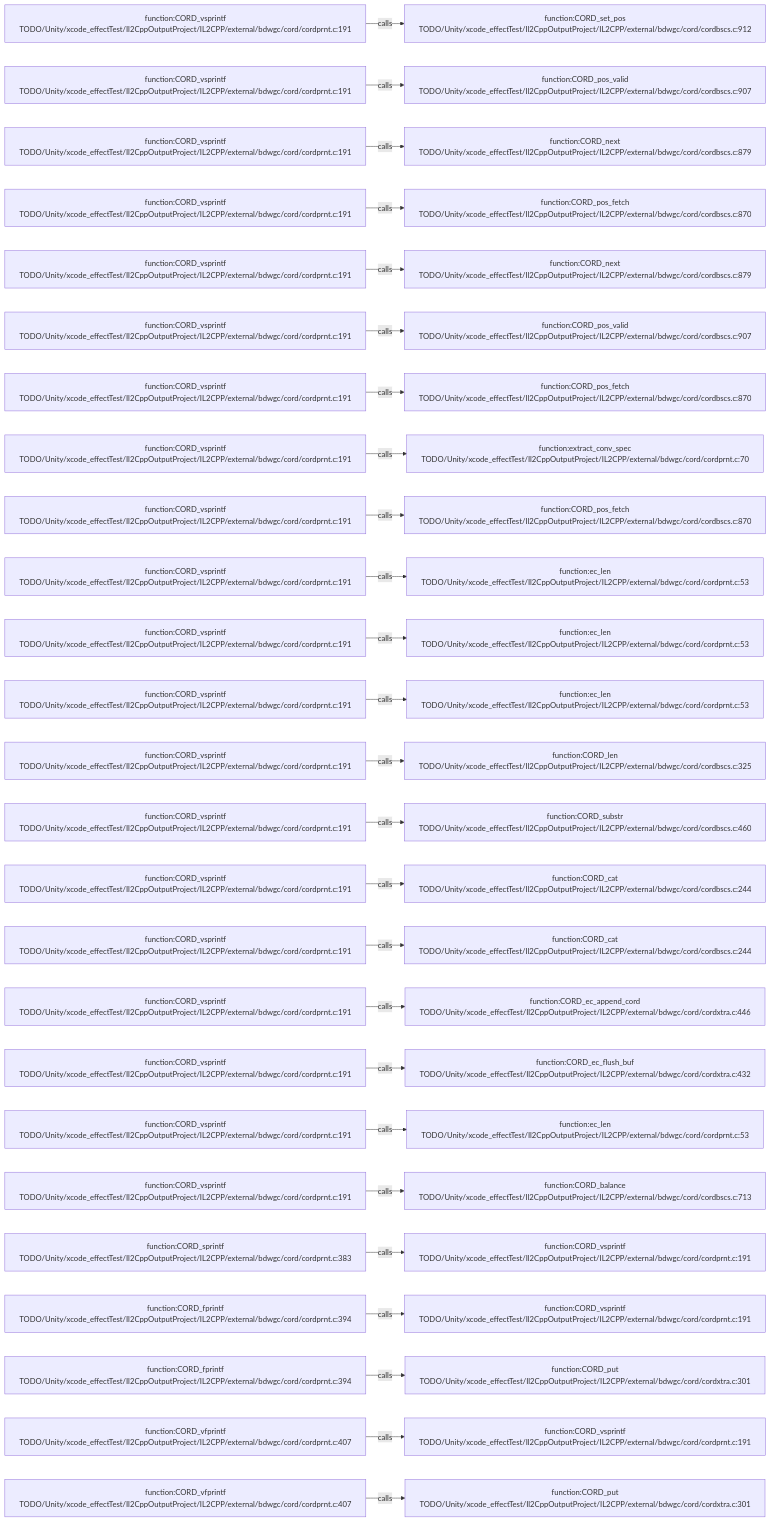
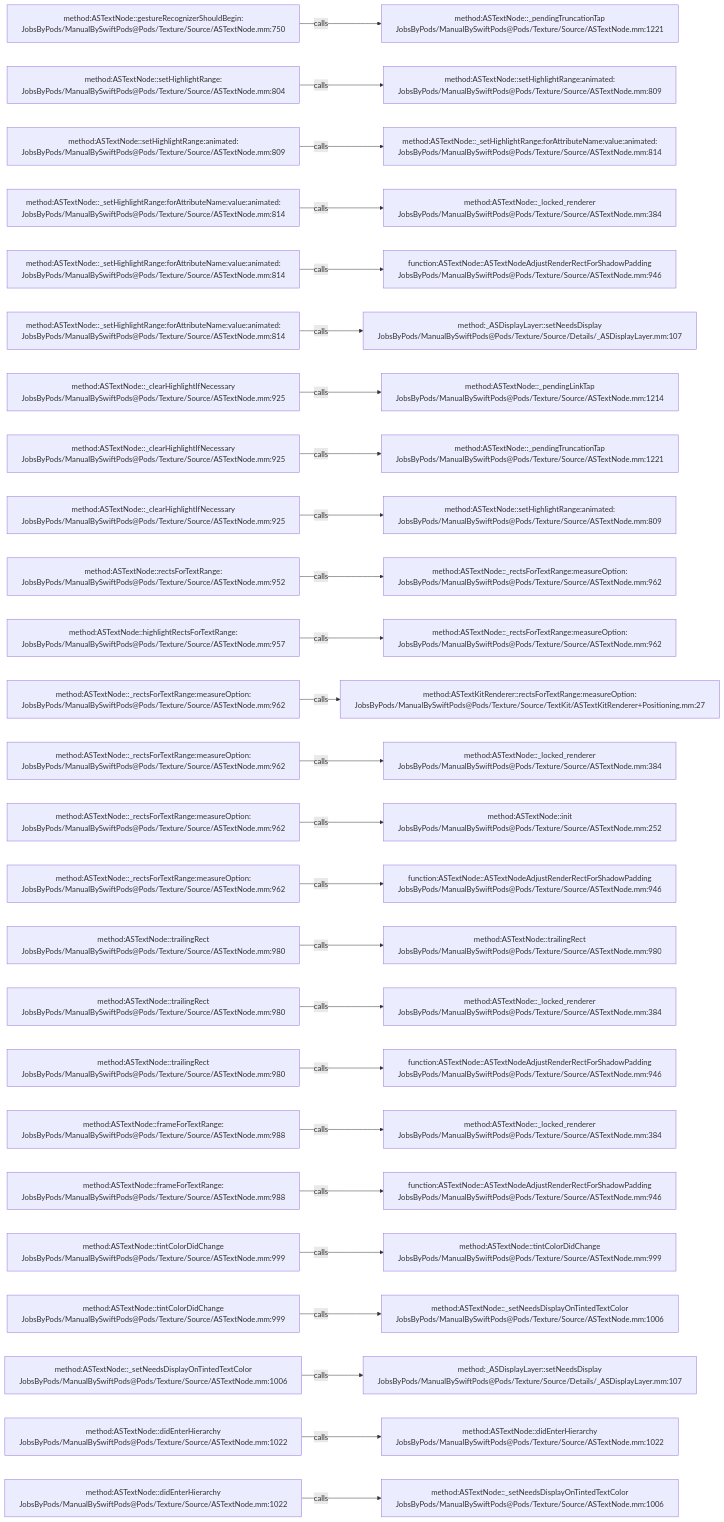
The diagram in .codegraph/codegraph.md/graphs/calls-086.md (JobsKits/JobsSwiftBaseConfigDemo), drawn with Mermaid before and after one commit. The commit also changed 2959 other files, not shown here.

````diff
--- a/.codegraph/codegraph.md/graphs/calls-086.md
+++ b/.codegraph/codegraph.md/graphs/calls-086.md
@@ -13,78 +13,78 @@
 ```mermaid
 flowchart LR
-  S1["function:CORD_vsprintf<br/>TODO/Unity/xcode_effectTest/Il2CppOutputProject/IL2CPP/external/bdwgc/cord/cordprnt.c:191"]
-  T1["function:CORD_set_pos<br/>TODO/Unity/xcode_effectTest/Il2CppOutputProject/IL2CPP/external/bdwgc/cord/cordbscs.c:912"]
+  S1["method:ASTextNode::gestureRecognizerShouldBegin:<br/>JobsByPods/ManualBySwiftPods@Pods/Texture/Source/ASTextNode.mm:750"]
+  T1["method:ASTextNode::_pendingTruncationTap<br/>JobsByPods/ManualBySwiftPods@Pods/Texture/Source/ASTextNode.mm:1221"]
   S1 -->|calls| T1
-  S2["function:CORD_vsprintf<br/>TODO/Unity/xcode_effectTest/Il2CppOutputProject/IL2CPP/external/bdwgc/cord/cordprnt.c:191"]
-  T2["function:CORD_pos_valid<br/>TODO/Unity/xcode_effectTest/Il2CppOutputProject/IL2CPP/external/bdwgc/cord/cordbscs.c:907"]
+  S2["method:ASTextNode::setHighlightRange:<br/>JobsByPods/ManualBySwiftPods@Pods/Texture/Source/ASTextNode.mm:804"]
+  T2["method:ASTextNode::setHighlightRange:animated:<br/>JobsByPods/ManualBySwiftPods@Pods/Texture/Source/ASTextNode.mm:809"]
   S2 -->|calls| T2
-  S3["function:CORD_vsprintf<br/>TODO/Unity/xcode_effectTest/Il2CppOutputProject/IL2CPP/external/bdwgc/cord/cordprnt.c:191"]
-  T3["function:CORD_next<br/>TODO/Unity/xcode_effectTest/Il2CppOutputProject/IL2CPP/external/bdwgc/cord/cordbscs.c:879"]
+  S3["method:ASTextNode::setHighlightRange:animated:<br/>JobsByPods/ManualBySwiftPods@Pods/Texture/Source/ASTextNode.mm:809"]
+  T3["method:ASTextNode::_setHighlightRange:forAttributeName:value:animated:<br/>JobsByPods/ManualBySwiftPods@Pods/Texture/Source/ASTextNode.mm:814"]
   S3 -->|calls| T3
-  S4["function:CORD_vsprintf<br/>TODO/Unity/xcode_effectTest/Il2CppOutputProject/IL2CPP/external/bdwgc/cord/cordprnt.c:191"]
-  T4["function:CORD_pos_fetch<br/>TODO/Unity/xcode_effectTest/Il2CppOutputProject/IL2CPP/external/bdwgc/cord/cordbscs.c:870"]
+  S4["method:ASTextNode::_setHighlightRange:forAttributeName:value:animated:<br/>JobsByPods/ManualBySwiftPods@Pods/Texture/Source/ASTextNode.mm:814"]
+  T4["method:ASTextNode::_locked_renderer<br/>JobsByPods/ManualBySwiftPods@Pods/Texture/Source/ASTextNode.mm:384"]
   S4 -->|calls| T4
-  S5["function:CORD_vsprintf<br/>TODO/Unity/xcode_effectTest/Il2CppOutputProject/IL2CPP/external/bdwgc/cord/cordprnt.c:191"]
-  T5["function:CORD_next<br/>TODO/Unity/xcode_effectTest/Il2CppOutputProject/IL2CPP/external/bdwgc/cord/cordbscs.c:879"]
+  S5["method:ASTextNode::_setHighlightRange:forAttributeName:value:animated:<br/>JobsByPods/ManualBySwiftPods@Pods/Texture/Source/ASTextNode.mm:814"]
+  T5["function:ASTextNode::ASTextNodeAdjustRenderRectForShadowPadding<br/>JobsByPods/ManualBySwiftPods@Pods/Texture/Source/ASTextNode.mm:946"]
   S5 -->|calls| T5
-  S6["function:CORD_vsprintf<br/>TODO/Unity/xcode_effectTest/Il2CppOutputProject/IL2CPP/external/bdwgc/cord/cordprnt.c:191"]
-  T6["function:CORD_pos_valid<br/>TODO/Unity/xcode_effectTest/Il2CppOutputProject/IL2CPP/external/bdwgc/cord/cordbscs.c:907"]
+  S6["method:ASTextNode::_setHighlightRange:forAttributeName:value:animated:<br/>JobsByPods/ManualBySwiftPods@Pods/Texture/Source/ASTextNode.mm:814"]
+  T6["method:_ASDisplayLayer::setNeedsDisplay<br/>JobsByPods/ManualBySwiftPods@Pods/Texture/Source/Details/_ASDisplayLayer.mm:107"]
   S6 -->|calls| T6
-  S7["function:CORD_vsprintf<br/>TODO/Unity/xcode_effectTest/Il2CppOutputProject/IL2CPP/external/bdwgc/cord/cordprnt.c:191"]
-  T7["function:CORD_pos_fetch<br/>TODO/Unity/xcode_effectTest/Il2CppOutputProject/IL2CPP/external/bdwgc/cord/cordbscs.c:870"]
+  S7["method:ASTextNode::_clearHighlightIfNecessary<br/>JobsByPods/ManualBySwiftPods@Pods/Texture/Source/ASTextNode.mm:925"]
+  T7["method:ASTextNode::_pendingLinkTap<br/>JobsByPods/ManualBySwiftPods@Pods/Texture/Source/ASTextNode.mm:1214"]
   S7 -->|calls| T7
-  S8["function:CORD_vsprintf<br/>TODO/Unity/xcode_effectTest/Il2CppOutputProject/IL2CPP/external/bdwgc/cord/cordprnt.c:191"]
-  T8["function:extract_conv_spec<br/>TODO/Unity/xcode_effectTest/Il2CppOutputProject/IL2CPP/external/bdwgc/cord/cordprnt.c:70"]
+  S8["method:ASTextNode::_clearHighlightIfNecessary<br/>JobsByPods/ManualBySwiftPods@Pods/Texture/Source/ASTextNode.mm:925"]
+  T8["method:ASTextNode::_pendingTruncationTap<br/>JobsByPods/ManualBySwiftPods@Pods/Texture/Source/ASTextNode.mm:1221"]
   S8 -->|calls| T8
-  S9["function:CORD_vsprintf<br/>TODO/Unity/xcode_effectTest/Il2CppOutputProject/IL2CPP/external/bdwgc/cord/cordprnt.c:191"]
-  T9["function:CORD_pos_fetch<br/>TODO/Unity/xcode_effectTest/Il2CppOutputProject/IL2CPP/external/bdwgc/cord/cordbscs.c:870"]
+  S9["method:ASTextNode::_clearHighlightIfNecessary<br/>JobsByPods/ManualBySwiftPods@Pods/Texture/Source/ASTextNode.mm:925"]
+  T9["method:ASTextNode::setHighlightRange:animated:<br/>JobsByPods/ManualBySwiftPods@Pods/Texture/Source/ASTextNode.mm:809"]
   S9 -->|calls| T9
-  S10["function:CORD_vsprintf<br/>TODO/Unity/xcode_effectTest/Il2CppOutputProject/IL2CPP/external/bdwgc/cord/cordprnt.c:191"]
-  T10["function:ec_len<br/>TODO/Unity/xcode_effectTest/Il2CppOutputProject/IL2CPP/external/bdwgc/cord/cordprnt.c:53"]
+  S10["method:ASTextNode::rectsForTextRange:<br/>JobsByPods/ManualBySwiftPods@Pods/Texture/Source/ASTextNode.mm:952"]
+  T10["method:ASTextNode::_rectsForTextRange:measureOption:<br/>JobsByPods/ManualBySwiftPods@Pods/Texture/Source/ASTextNode.mm:962"]
   S10 -->|calls| T10
-  S11["function:CORD_vsprintf<br/>TODO/Unity/xcode_effectTest/Il2CppOutputProject/IL2CPP/external/bdwgc/cord/cordprnt.c:191"]
-  T11["function:ec_len<br/>TODO/Unity/xcode_effectTest/Il2CppOutputProject/IL2CPP/external/bdwgc/cord/cordprnt.c:53"]
+  S11["method:ASTextNode::highlightRectsForTextRange:<br/>JobsByPods/ManualBySwiftPods@Pods/Texture/Source/ASTextNode.mm:957"]
+  T11["method:ASTextNode::_rectsForTextRange:measureOption:<br/>JobsByPods/ManualBySwiftPods@Pods/Texture/Source/ASTextNode.mm:962"]
   S11 -->|calls| T11
-  S12["function:CORD_vsprintf<br/>TODO/Unity/xcode_effectTest/Il2CppOutputProject/IL2CPP/external/bdwgc/cord/cordprnt.c:191"]
-  T12["function:ec_len<br/>TODO/Unity/xcode_effectTest/Il2CppOutputProject/IL2CPP/external/bdwgc/cord/cordprnt.c:53"]
+  S12["method:ASTextNode::_rectsForTextRange:measureOption:<br/>JobsByPods/ManualBySwiftPods@Pods/Texture/Source/ASTextNode.mm:962"]
+  T12["method:ASTextKitRenderer::rectsForTextRange:measureOption:<br/>JobsByPods/ManualBySwiftPods@Pods/Texture/Source/TextKit/ASTextKitRenderer+Positioning.mm:27"]
   S12 -->|calls| T12
-  S13["function:CORD_vsprintf<br/>TODO/Unity/xcode_effectTest/Il2CppOutputProject/IL2CPP/external/bdwgc/cord/cordprnt.c:191"]
-  T13["function:CORD_len<br/>TODO/Unity/xcode_effectTest/Il2CppOutputProject/IL2CPP/external/bdwgc/cord/cordbscs.c:325"]
+  S13["method:ASTextNode::_rectsForTextRange:measureOption:<br/>JobsByPods/ManualBySwiftPods@Pods/Texture/Source/ASTextNode.mm:962"]
+  T13["method:ASTextNode::_locked_renderer<br/>JobsByPods/ManualBySwiftPods@Pods/Texture/Source/ASTextNode.mm:384"]
   S13 -->|calls| T13
-  S14["function:CORD_vsprintf<br/>TODO/Unity/xcode_effectTest/Il2CppOutputProject/IL2CPP/external/bdwgc/cord/cordprnt.c:191"]
-  T14["function:CORD_substr<br/>TODO/Unity/xcode_effectTest/Il2CppOutputProject/IL2CPP/external/bdwgc/cord/cordbscs.c:460"]
+  S14["method:ASTextNode::_rectsForTextRange:measureOption:<br/>JobsByPods/ManualBySwiftPods@Pods/Texture/Source/ASTextNode.mm:962"]
+  T14["method:ASTextNode::init<br/>JobsByPods/ManualBySwiftPods@Pods/Texture/Source/ASTextNode.mm:252"]
   S14 -->|calls| T14
-  S15["function:CORD_vsprintf<br/>TODO/Unity/xcode_effectTest/Il2CppOutputProject/IL2CPP/external/bdwgc/cord/cordprnt.c:191"]
-  T15["function:CORD_cat<br/>TODO/Unity/xcode_effectTest/Il2CppOutputProject/IL2CPP/external/bdwgc/cord/cordbscs.c:244"]
+  S15["method:ASTextNode::_rectsForTextRange:measureOption:<br/>JobsByPods/ManualBySwiftPods@Pods/Texture/Source/ASTextNode.mm:962"]
+  T15["function:ASTextNode::ASTextNodeAdjustRenderRectForShadowPadding<br/>JobsByPods/ManualBySwiftPods@Pods/Texture/Source/ASTextNode.mm:946"]
   S15 -->|calls| T15
-  S16["function:CORD_vsprintf<br/>TODO/Unity/xcode_effectTest/Il2CppOutputProject/IL2CPP/external/bdwgc/cord/cordprnt.c:191"]
-  T16["function:CORD_cat<br/>TODO/Unity/xcode_effectTest/Il2CppOutputProject/IL2CPP/external/bdwgc/cord/cordbscs.c:244"]
+  S16["method:ASTextNode::trailingRect<br/>JobsByPods/ManualBySwiftPods@Pods/Texture/Source/ASTextNode.mm:980"]
+  T16["method:ASTextNode::trailingRect<br/>JobsByPods/ManualBySwiftPods@Pods/Texture/Source/ASTextNode.mm:980"]
   S16 -->|calls| T16
-  S17["function:CORD_vsprintf<br/>TODO/Unity/xcode_effectTest/Il2CppOutputProject/IL2CPP/external/bdwgc/cord/cordprnt.c:191"]
-  T17["function:CORD_ec_append_cord<br/>TODO/Unity/xcode_effectTest/Il2CppOutputProject/IL2CPP/external/bdwgc/cord/cordxtra.c:446"]
+  S17["method:ASTextNode::trailingRect<br/>JobsByPods/ManualBySwiftPods@Pods/Texture/Source/ASTextNode.mm:980"]
+  T17["method:ASTextNode::_locked_renderer<br/>JobsByPods/ManualBySwiftPods@Pods/Texture/Source/ASTextNode.mm:384"]
   S17 -->|calls| T17
-  S18["function:CORD_vsprintf<br/>TODO/Unity/xcode_effectTest/Il2CppOutputProject/IL2CPP/external/bdwgc/cord/cordprnt.c:191"]
-  T18["function:CORD_ec_flush_buf<br/>TODO/Unity/xcode_effectTest/Il2CppOutputProject/IL2CPP/external/bdwgc/cord/cordxtra.c:432"]
+  S18["method:ASTextNode::trailingRect<br/>JobsByPods/ManualBySwiftPods@Pods/Texture/Source/ASTextNode.mm:980"]
+  T18["function:ASTextNode::ASTextNodeAdjustRenderRectForShadowPadding<br/>JobsByPods/ManualBySwiftPods@Pods/Texture/Source/ASTextNode.mm:946"]
   S18 -->|calls| T18
-  S19["function:CORD_vsprintf<br/>TODO/Unity/xcode_effectTest/Il2CppOutputProject/IL2CPP/external/bdwgc/cord/cordprnt.c:191"]
-  T19["function:ec_len<br/>TODO/Unity/xcode_effectTest/Il2CppOutputProject/IL2CPP/external/bdwgc/cord/cordprnt.c:53"]
+  S19["method:ASTextNode::frameForTextRange:<br/>JobsByPods/ManualBySwiftPods@Pods/Texture/Source/ASTextNode.mm:988"]
+  T19["method:ASTextNode::_locked_renderer<br/>JobsByPods/ManualBySwiftPods@Pods/Texture/Source/ASTextNode.mm:384"]
   S19 -->|calls| T19
-  S20["function:CORD_vsprintf<br/>TODO/Unity/xcode_effectTest/Il2CppOutputProject/IL2CPP/external/bdwgc/cord/cordprnt.c:191"]
-  T20["function:CORD_balance<br/>TODO/Unity/xcode_effectTest/Il2CppOutputProject/IL2CPP/external/bdwgc/cord/cordbscs.c:713"]
+  S20["method:ASTextNode::frameForTextRange:<br/>JobsByPods/ManualBySwiftPods@Pods/Texture/Source/ASTextNode.mm:988"]
+  T20["function:ASTextNode::ASTextNodeAdjustRenderRectForShadowPadding<br/>JobsByPods/ManualBySwiftPods@Pods/Texture/Source/ASTextNode.mm:946"]
   S20 -->|calls| T20
-  S21["function:CORD_sprintf<br/>TODO/Unity/xcode_effectTest/Il2CppOutputProject/IL2CPP/external/bdwgc/cord/cordprnt.c:383"]
-  T21["function:CORD_vsprintf<br/>TODO/Unity/xcode_effectTest/Il2CppOutputProject/IL2CPP/external/bdwgc/cord/cordprnt.c:191"]
+  S21["method:ASTextNode::tintColorDidChange<br/>JobsByPods/ManualBySwiftPods@Pods/Texture/Source/ASTextNode.mm:999"]
+  T21["method:ASTextNode::tintColorDidChange<br/>JobsByPods/ManualBySwiftPods@Pods/Texture/Source/ASTextNode.mm:999"]
   S21 -->|calls| T21
-  S22["function:CORD_fprintf<br/>TODO/Unity/xcode_effectTest/Il2CppOutputProject/IL2CPP/external/bdwgc/cord/cordprnt.c:394"]
-  T22["function:CORD_vsprintf<br/>TODO/Unity/xcode_effectTest/Il2CppOutputProject/IL2CPP/external/bdwgc/cord/cordprnt.c:191"]
+  S22["method:ASTextNode::tintColorDidChange<br/>JobsByPods/ManualBySwiftPods@Pods/Texture/Source/ASTextNode.mm:999"]
+  T22["method:ASTextNode::_setNeedsDisplayOnTintedTextColor<br/>JobsByPods/ManualBySwiftPods@Pods/Texture/Source/ASTextNode.mm:1006"]
   S22 -->|calls| T22
-  S23["function:CORD_fprintf<br/>TODO/Unity/xcode_effectTest/Il2CppOutputProject/IL2CPP/external/bdwgc/cord/cordprnt.c:394"]
-  T23["function:CORD_put<br/>TODO/Unity/xcode_effectTest/Il2CppOutputProject/IL2CPP/external/bdwgc/cord/cordxtra.c:301"]
+  S23["method:ASTextNode::_setNeedsDisplayOnTintedTextColor<br/>JobsByPods/ManualBySwiftPods@Pods/Texture/Source/ASTextNode.mm:1006"]
+  T23["method:_ASDisplayLayer::setNeedsDisplay<br/>JobsByPods/ManualBySwiftPods@Pods/Texture/Source/Details/_ASDisplayLayer.mm:107"]
   S23 -->|calls| T23
-  S24["function:CORD_vfprintf<br/>TODO/Unity/xcode_effectTest/Il2CppOutputProject/IL2CPP/external/bdwgc/cord/cordprnt.c:407"]
-  T24["function:CORD_vsprintf<br/>TODO/Unity/xcode_effectTest/Il2CppOutputProject/IL2CPP/external/bdwgc/cord/cordprnt.c:191"]
+  S24["method:ASTextNode::didEnterHierarchy<br/>JobsByPods/ManualBySwiftPods@Pods/Texture/Source/ASTextNode.mm:1022"]
+  T24["method:ASTextNode::didEnterHierarchy<br/>JobsByPods/ManualBySwiftPods@Pods/Texture/Source/ASTextNode.mm:1022"]
   S24 -->|calls| T24
-  S25["function:CORD_vfprintf<br/>TODO/Unity/xcode_effectTest/Il2CppOutputProject/IL2CPP/external/bdwgc/cord/cordprnt.c:407"]
-  T25["function:CORD_put<br/>TODO/Unity/xcode_effectTest/Il2CppOutputProject/IL2CPP/external/bdwgc/cord/cordxtra.c:301"]
+  S25["method:ASTextNode::didEnterHierarchy<br/>JobsByPods/ManualBySwiftPods@Pods/Texture/Source/ASTextNode.mm:1022"]
+  T25["method:ASTextNode::_setNeedsDisplayOnTintedTextColor<br/>JobsByPods/ManualBySwiftPods@Pods/Texture/Source/ASTextNode.mm:1006"]
   S25 -->|calls| T25
 ```
````
